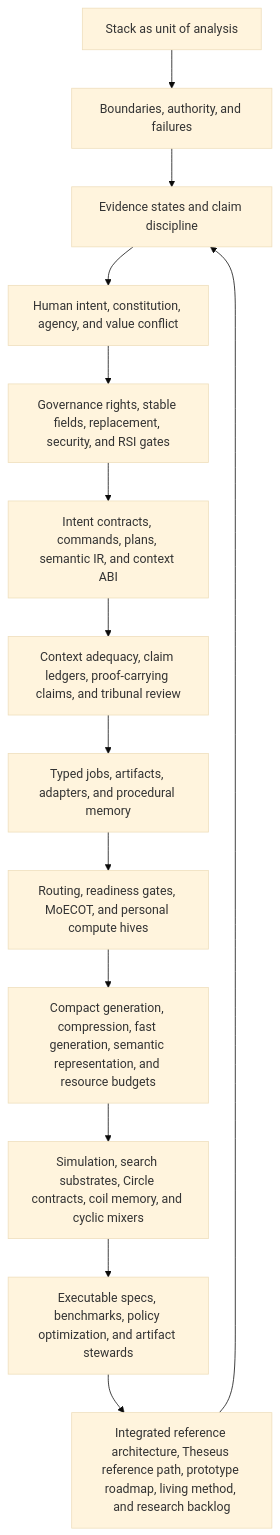
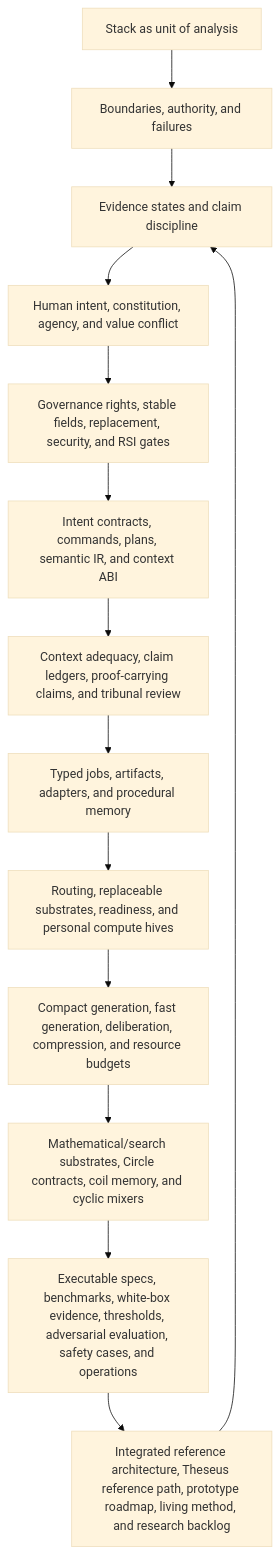
Before and after one commit to corbensorenson/asi-stack-book: the second of 3 diagrams in index.qmd, drawn with Mermaid (base theme). The commit also changed other lines of this file and 30 other files, not shown here.

````diff
--- a/index.qmd
+++ b/index.qmd
@@ -99,16 +99,16 @@
 ```{mermaid}
 flowchart TD
   Unit["Stack as unit of analysis"] --> AuthorityModel["Boundaries, authority, and failures"]
   AuthorityModel --> EvidenceLanguage["Evidence states and claim discipline"]
   EvidenceLanguage --> IntentLayer["Human intent, constitution, agency, and value conflict"]
   IntentLayer --> ChangeRights["Governance rights, stable fields, replacement, security, and RSI gates"]
   ChangeRights --> ControlSpine["Intent contracts, commands, plans, semantic IR, and context ABI"]
   ControlSpine --> EpistemicSpine["Context adequacy, claim ledgers, proof-carrying claims, and tribunal review"]
   EpistemicSpine --> ExecutionSpine["Typed jobs, artifacts, adapters, and procedural memory"]
-  ExecutionSpine --> CapabilitySpine["Routing, readiness gates, MoECOT, and personal compute hives"]
-  CapabilitySpine --> EfficiencySpine["Compact generation, compression, fast generation, semantic representation, and resource budgets"]
-  EfficiencySpine --> SubstrateSpine["Simulation, search substrates, Circle contracts, coil memory, and cyclic mixers"]
-  SubstrateSpine --> EvidenceSpine["Executable specs, benchmarks, policy optimization, and artifact stewards"]
+  ExecutionSpine --> CapabilitySpine["Routing, replaceable substrates, readiness, and personal compute hives"]
+  CapabilitySpine --> EfficiencySpine["Compact generation, fast generation, deliberation, compression, and resource budgets"]
+  EfficiencySpine --> SubstrateSpine["Mathematical/search substrates, Circle contracts, coil memory, and cyclic mixers"]
+  SubstrateSpine --> EvidenceSpine["Executable specs, benchmarks, white-box evidence, thresholds, adversarial evaluation, safety cases, and operations"]
   EvidenceSpine --> IntegrationSpine["Integrated reference architecture, Theseus reference path, prototype roadmap, living method, and research backlog"]
   IntegrationSpine --> EvidenceLanguage
 ```
````
